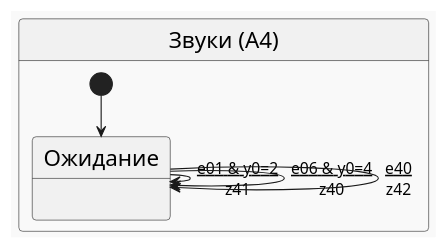
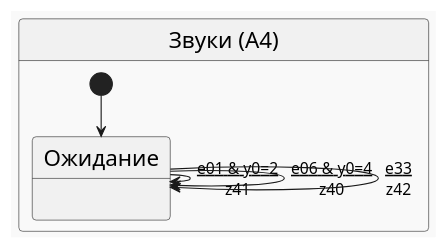
The diagram in articles/multiply_many_nested/puml/a4.puml (PhoenixNazarov/fsm-multiply), drawn with PlantUML before and after one commit. The commit also changed 11 other files, not shown here.

```diff
--- a/articles/multiply_many_nested/puml/a4.puml
+++ b/articles/multiply_many_nested/puml/a4.puml
@@ -1,12 +1,12 @@
 @startuml
 !theme mars
 skinparam stateFontSize 20
 skinparam arrowFontSize 14
 state "Звуки (A4)" as A4 {
     [*] --> A40
     state "Ожидание" as A40 : 
     A40 --> A40 : <u>e01 & y0=2\nz41
     A40 --> A40 : <u>e06 & y0=4\nz40
-    A40 --> A40 : <u>e40\nz42
+    A40 --> A40 : <u>e33\nz42
 }
 @enduml
```
